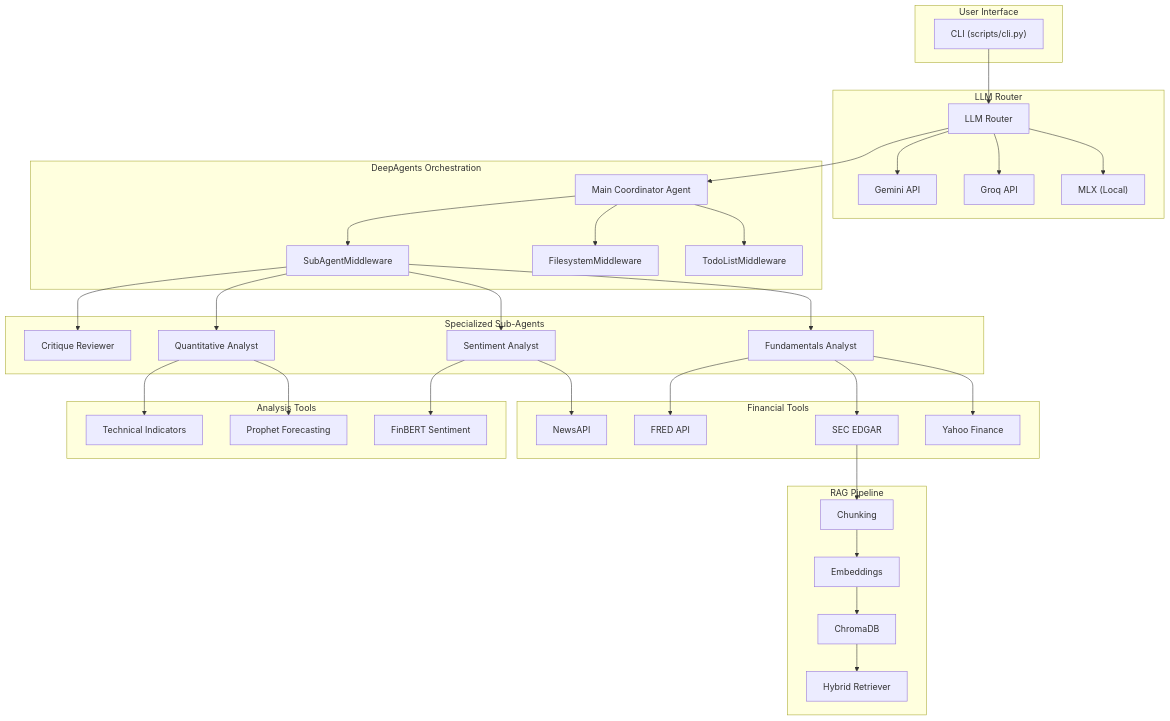
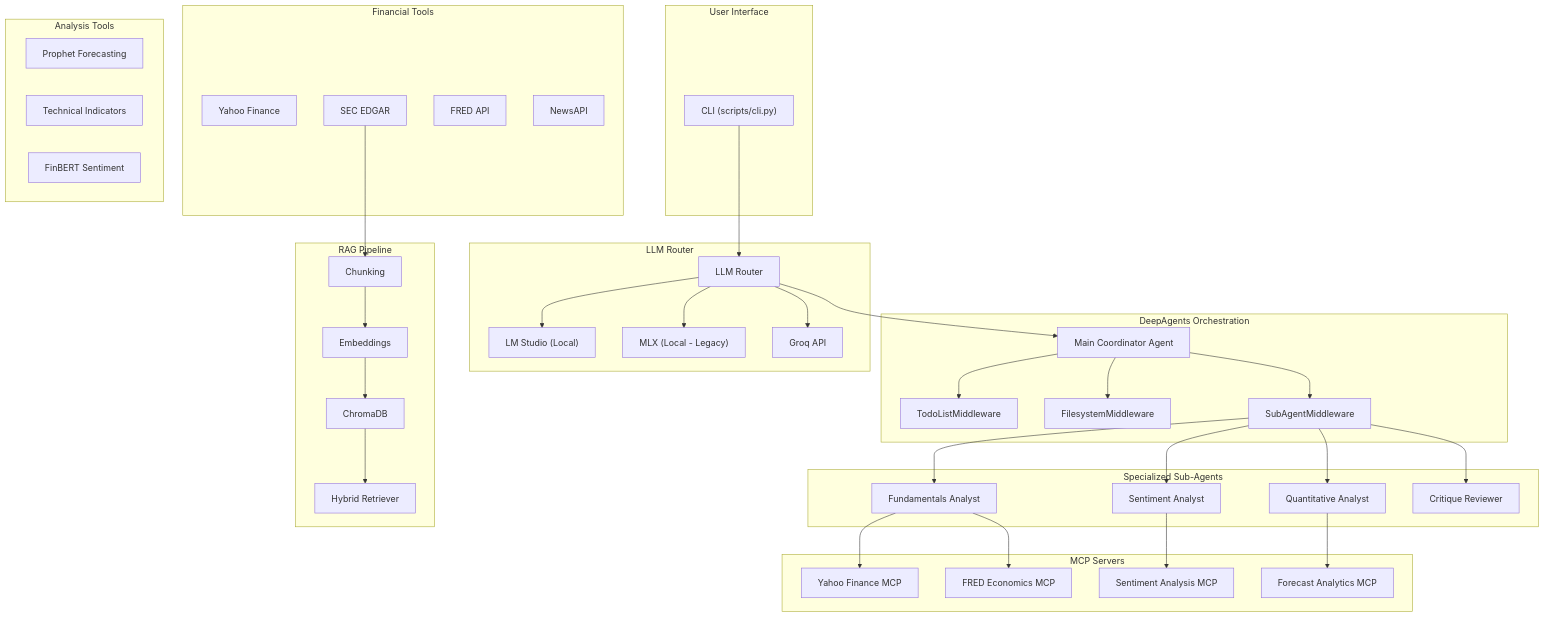
Before and after one commit to kaushikkumarkr/Quant-Deepagent: the first of 2 diagrams in README.md, drawn with Mermaid. The commit also changed other lines of this file and 15 other files, not shown here.

````diff
--- a/README.md
+++ b/README.md
@@ -7,71 +7,75 @@
 ```mermaid
 graph TB
     subgraph "User Interface"
         CLI["CLI (scripts/cli.py)"]
     end
 
     subgraph "LLM Router"
         Router["LLM Router"]
-        MLX["MLX (Local)"]
+        LMStudio["LM Studio (Local)"]
+        MLX["MLX (Local - Legacy)"]
         Groq["Groq API"]
-        Gemini["Gemini API"]
+        Router --> LMStudio
         Router --> MLX
         Router --> Groq
-        Router --> Gemini
     end
 
     subgraph "DeepAgents Orchestration"
         Main["Main Coordinator Agent"]
         Todo["TodoListMiddleware"]
         FS["FilesystemMiddleware"]
         Sub["SubAgentMiddleware"]
         Main --> Todo
         Main --> FS
         Main --> Sub
     end
 
     subgraph "Specialized Sub-Agents"
         FA["Fundamentals Analyst"]
         SA["Sentiment Analyst"]
         QA["Quantitative Analyst"]
         CR["Critique Reviewer"]
     end
 
     subgraph "Financial Tools"
         YF["Yahoo Finance"]
         SEC["SEC EDGAR"]
         FRED["FRED API"]
         News["NewsAPI"]
     end
 
     subgraph "Analysis Tools"
         Prophet["Prophet Forecasting"]
         Tech["Technical Indicators"]
         FinBERT["FinBERT Sentiment"]
     end
 
+    subgraph "MCP Servers"
+        YahooMCP["Yahoo Finance MCP"]
+        FredMCP["FRED Economics MCP"]
+        SentMCP["Sentiment Analysis MCP"]
+        CastMCP["Forecast Analytics MCP"]
+    end
+
     subgraph "RAG Pipeline"
         Embed["Embeddings"]
         Chunk["Chunking"]
         Vector["ChromaDB"]
         Retrieve["Hybrid Retriever"]
     end
 
     CLI --> Router
     Router --> Main
     Sub --> FA
     Sub --> SA
     Sub --> QA
     Sub --> CR
-    FA --> YF
-    FA --> SEC
-    FA --> FRED
-    SA --> News
-    SA --> FinBERT
-    QA --> Prophet
-    QA --> Tech
+    FA --> YahooMCP
+    FA --> FredMCP
+    SA --> SentMCP
+    QA --> CastMCP
     SEC --> Chunk
     Chunk --> Embed
     Embed --> Vector
     Vector --> Retrieve
 ```
````
